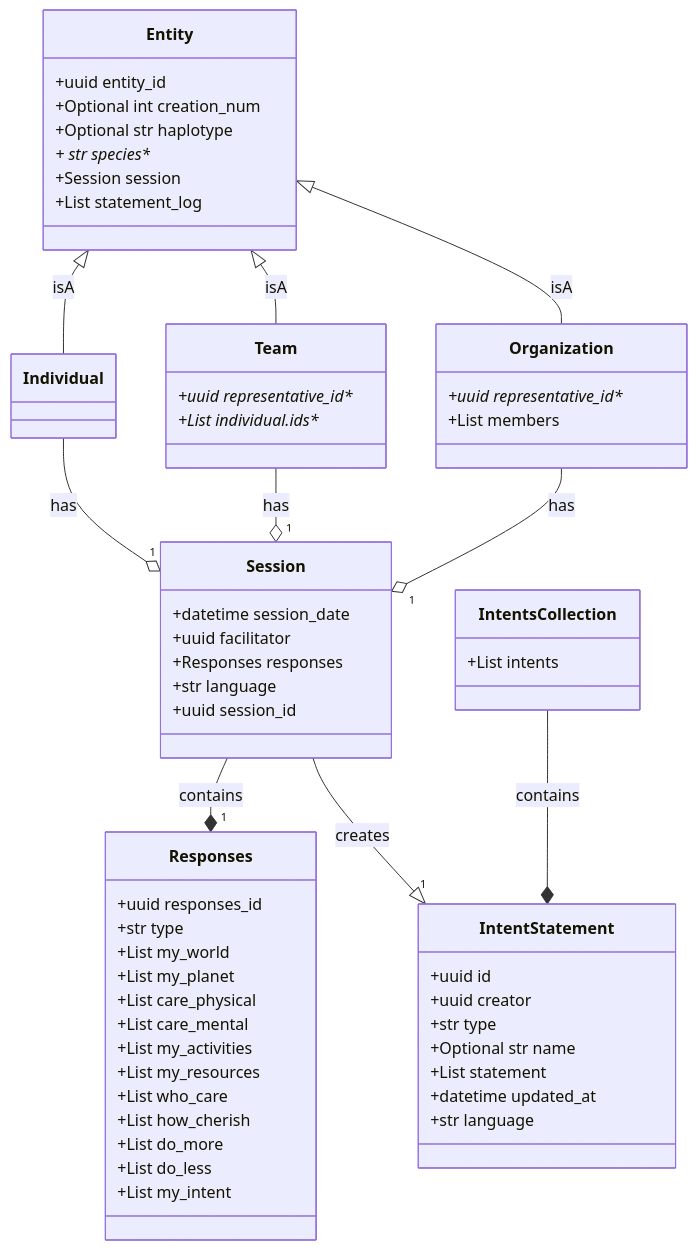
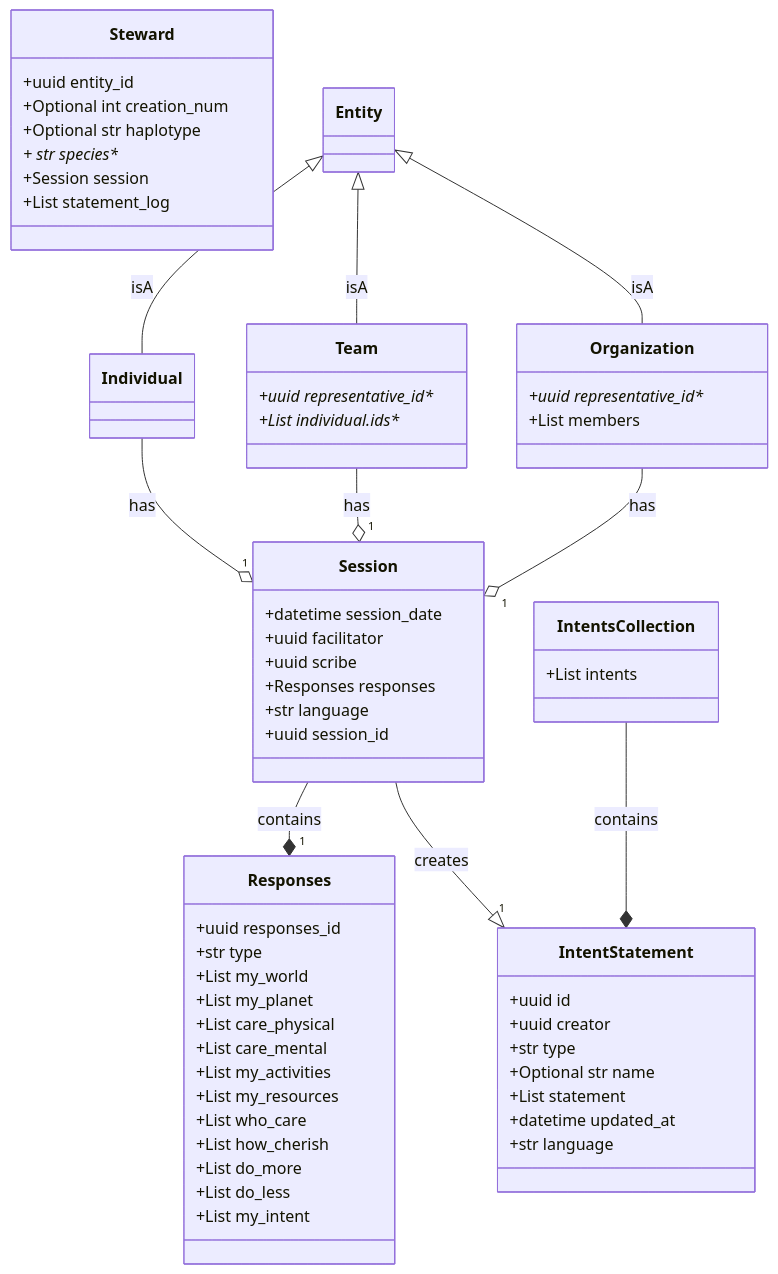
The diagram in docs/data_models_diagram.md (drew-wks/intent-for-the-planet), drawn with Mermaid before and after one commit.

````diff
--- a/docs/data_models_diagram.md
+++ b/docs/data_models_diagram.md
@@ -5,65 +5,66 @@
 ```mermaid
 classDiagram
-    class Entity {
+    class Steward {
         +uuid entity_id
         +Optional int creation_num
         +Optional str haplotype
         + str species**
         +Session session
         +List statement_log
     }
     class Individual {
     }
     class Team {
         +uuid representative_id**
         +List individual.ids**
     }
     class Organization {
         +uuid representative_id**
         +List members
     }
     class Session {
         +datetime session_date
         +uuid facilitator
+        +uuid scribe
         +Responses responses
         +str language
         +uuid session_id
     }
     class Responses {
         +uuid responses_id
         +str type
         +List my_world
         +List my_planet
         +List care_physical
         +List care_mental
         +List my_activities
         +List my_resources
         +List who_care
         +List how_cherish
         +List do_more
         +List do_less
         +List my_intent
     }
     class IntentStatement {
         +uuid id
         +uuid creator
         +str type
         +Optional str name
         +List statement
         +datetime updated_at
         +str language
     }
     class IntentsCollection {
         +List intents
     }
     IntentsCollection --* IntentStatement : contains
     Session --* "1" Responses : contains
     Entity <|-- Individual : isA
     Entity <|-- Team : isA
     Entity <|-- Organization : isA
     Session--|> "1" IntentStatement : creates
     Individual --o "1" Session : has
     Team --o "1" Session : has
     Organization --o "1" Session : has
 
 ```
````
